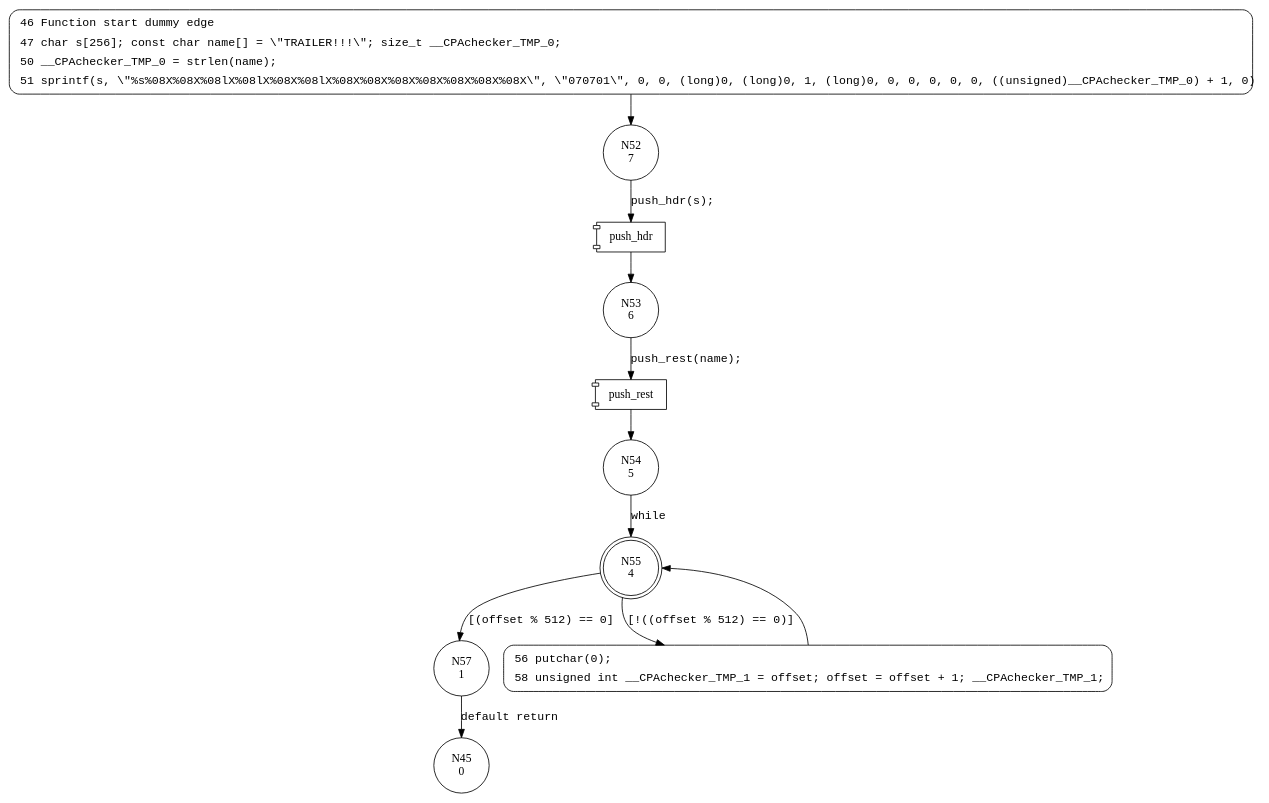
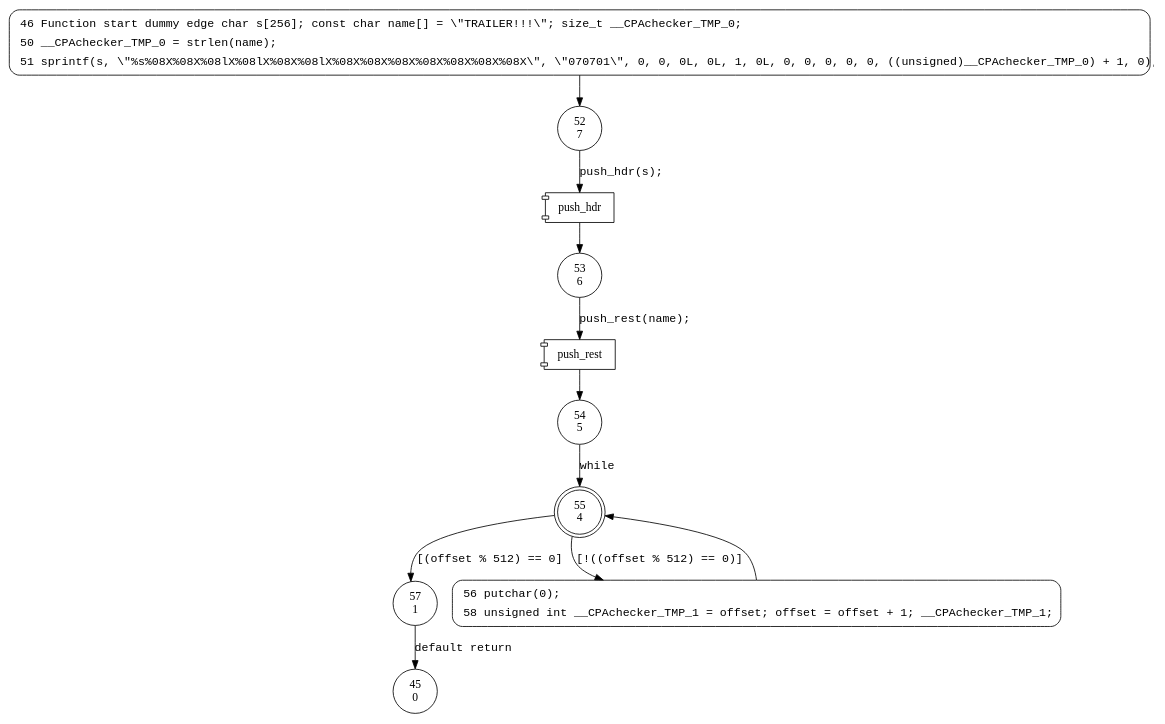
The diagram in gen_init_cpio/analysis_original/cfa__cpio_trailer.dot (woailuo/experiments), drawn with Graphviz before and after one commit. The commit also changed 465 other files, not shown here.

```diff
--- a/gen_init_cpio/analysis_original/cfa__cpio_trailer.dot
+++ b/gen_init_cpio/analysis_original/cfa__cpio_trailer.dot
@@ -1,23 +1,23 @@
 digraph cpio_trailer {
-52 [shape="circle" label="N52\n7"]
-53 [shape="circle" label="N53\n6"]
-54 [shape="circle" label="N54\n5"]
-55 [shape="doublecircle" label="N55\n4"]
-57 [shape="circle" label="N57\n1"]
-56 [shape="circle" label="N56\n3"]
-45 [shape="circle" label="N45\n0"]
-46 [style="filled,bold" penwidth="1" fillcolor="white" fontname="Courier New" shape="Mrecord" label=<<table border="0" cellborder="0" cellpadding="3" bgcolor="white"><tr><td align="right">46</td><td align="left">Function start dummy edge</td></tr><tr><td align="right">47</td><td align="left">char s[256]; const char name[] = \"TRAILER!!!\"; size_t __CPAchecker_TMP_0;</td></tr><tr><td align="right">50</td><td align="left">__CPAchecker_TMP_0 = strlen(name);</td></tr><tr><td align="right">51</td><td align="left">sprintf(s, \"%s%08X%08X%08lX%08lX%08X%08lX%08X%08X%08X%08X%08X%08X%08X\", \"070701\", 0, 0, (long)0, (long)0, 1, (long)0, 0, 0, 0, 0, 0, ((unsigned)__CPAchecker_TMP_0) + 1, 0);</td></tr></table>>]
+52 [shape="circle" label="52\n7"]
+53 [shape="circle" label="53\n6"]
+54 [shape="circle" label="54\n5"]
+55 [shape="doublecircle" label="55\n4"]
+57 [shape="circle" label="57\n1"]
+56 [shape="circle" label="56\n3"]
+45 [shape="circle" label="45\n0"]
+46 [style="filled,bold" penwidth="1" fillcolor="white" fontname="Courier New" shape="Mrecord" label=<<table border="0" cellborder="0" cellpadding="3" bgcolor="white"><tr><td align="right">46</td><td align="left">Function start dummy edge char s[256]; const char name[] = \"TRAILER!!!\"; size_t __CPAchecker_TMP_0;</td></tr><tr><td align="right">50</td><td align="left">__CPAchecker_TMP_0 = strlen(name);</td></tr><tr><td align="right">51</td><td align="left">sprintf(s, \"%s%08X%08X%08lX%08lX%08X%08lX%08X%08X%08X%08X%08X%08X%08X\", \"070701\", 0, 0, 0L, 0L, 1, 0L, 0, 0, 0, 0, 0, ((unsigned)__CPAchecker_TMP_0) + 1, 0);</td></tr></table>>]
 46 -> 52[label=""]
 56 [style="filled,bold" penwidth="1" fillcolor="white" fontname="Courier New" shape="Mrecord" label=<<table border="0" cellborder="0" cellpadding="3" bgcolor="white"><tr><td align="right">56</td><td align="left">putchar(0);</td></tr><tr><td align="right">58</td><td align="left">unsigned int __CPAchecker_TMP_1 = offset; offset = offset + 1; __CPAchecker_TMP_1; </td></tr></table>>]
 56 -> 55[label=""]
 100022 [shape="component" label="push_hdr"]
 52 -> 100022 [label="push_hdr(s);" fontname="Courier New"]
 100022 -> 53 [label="" fontname="Courier New"]
 100023 [shape="component" label="push_rest"]
 53 -> 100023 [label="push_rest(name);" fontname="Courier New"]
 100023 -> 54 [label="" fontname="Courier New"]
 55 -> 57 [label="[(offset % 512) == 0]" fontname="Courier New"]
 55 -> 56 [label="[!((offset % 512) == 0)]" fontname="Courier New"]
 57 -> 45 [label="default return" fontname="Courier New"]
 54 -> 55 [label="while" fontname="Courier New"]
 }
```
